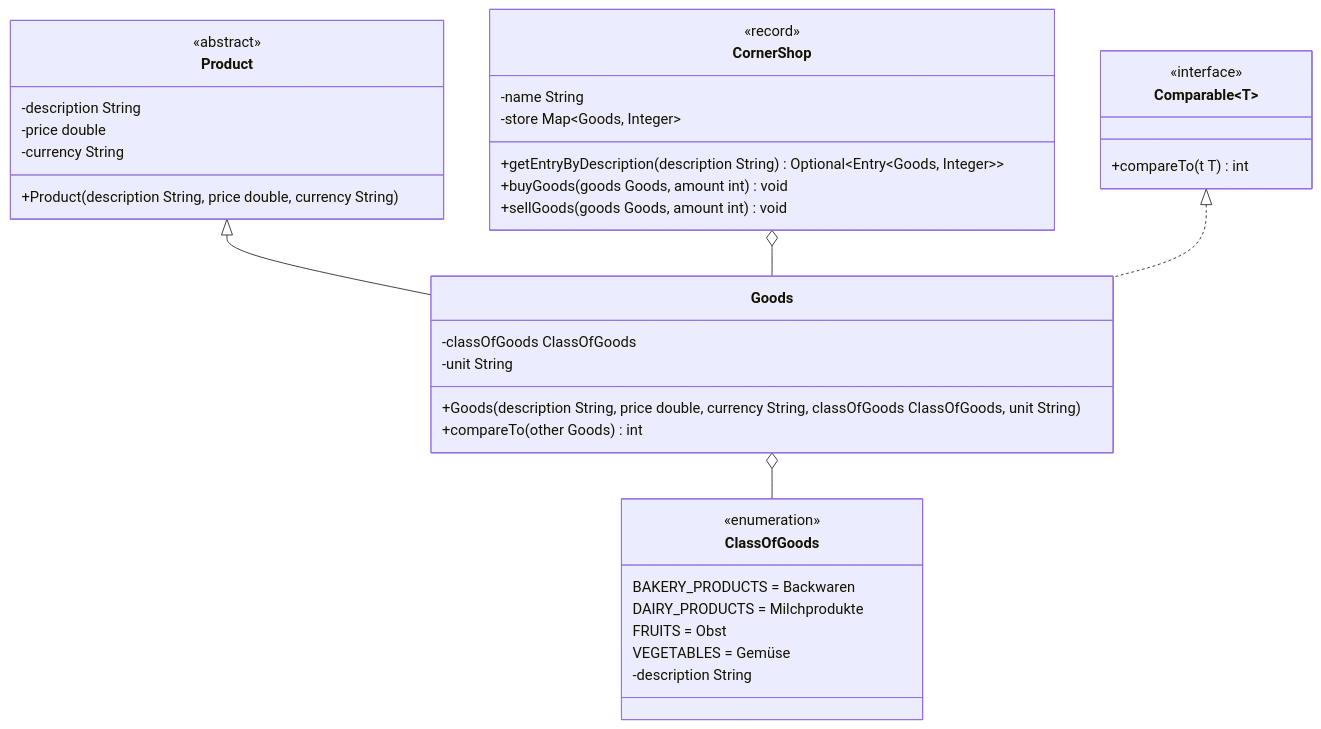
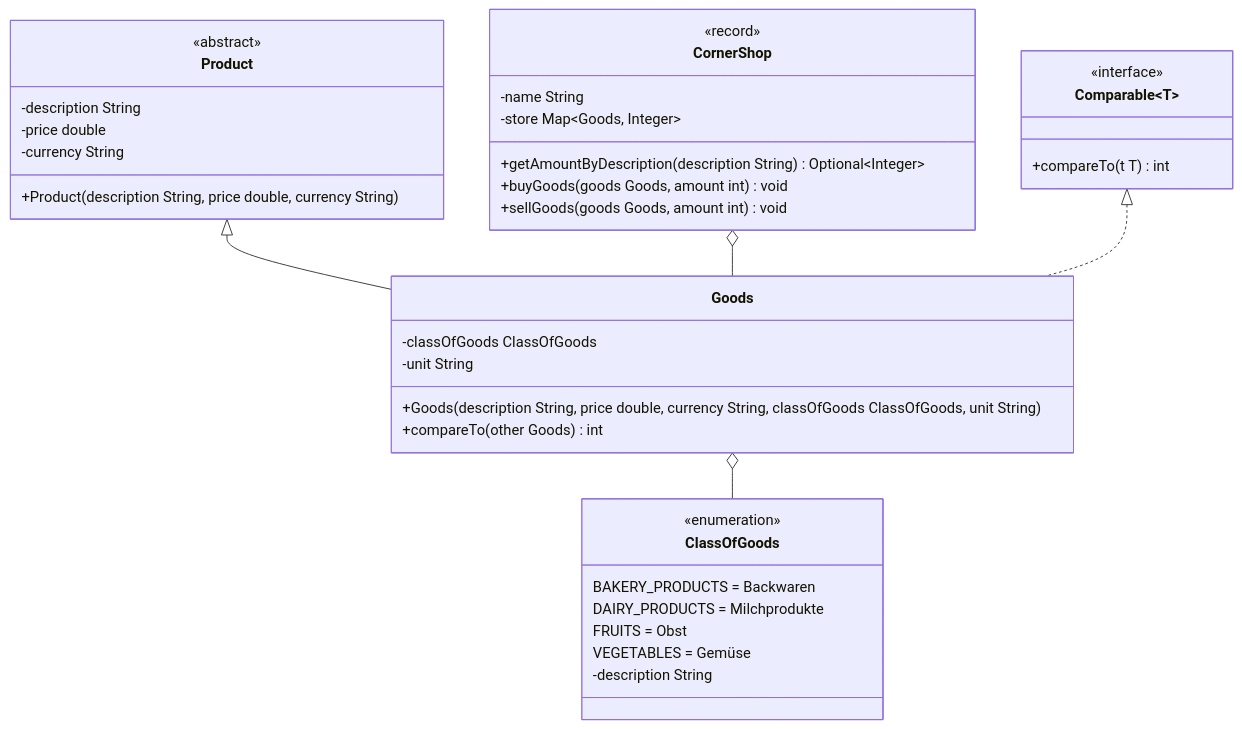
Before and after one commit to jappuccini/java-docs: the diagram in docs/exam-exercises/exam-exercises-java2/corner-shop.md, drawn with Mermaid. The commit also changed other lines of this file, not shown here.

````diff
--- a/docs/exam-exercises/exam-exercises-java2/corner-shop.md
+++ b/docs/exam-exercises/exam-exercises-java2/corner-shop.md
@@ -11,45 +11,45 @@
 ```mermaid
 classDiagram
     Product <|-- Goods
     CornerShop o-- Goods
     Comparable~T~ <|.. Goods
     Goods o-- ClassOfGoods
 
     class Product {
         <<abstract>>
         -description String
         -price double
         -currency String
         +Product(description String, price double, currency String)
     }
 
     class Goods {
         -classOfGoods ClassOfGoods
         -unit String
         +Goods(description String, price double, currency String, classOfGoods ClassOfGoods, unit String)
         +compareTo(other Goods) int
     }
 
     class Comparable~T~ {
         <<interface>>
         +compareTo(t T) int
     }
 
     class CornerShop {
         <<record>>
         -name String
         -store Map~Goods&#44&#160Integer~
-        +getEntryByDescription(description String) Optional~Entry~Goods&#44&#160Integer~~
+        +getAmountByDescription(description String) Optional~Integer~
         +buyGoods(goods Goods, amount int) void
         +sellGoods(goods Goods, amount int) void
     }
 
     class ClassOfGoods {
         <<enumeration>>
         BAKERY_PRODUCTS = Backwaren
         DAIRY_PRODUCTS = Milchprodukte
         FRUITS = Obst
         VEGETABLES = Gemüse
         -description String
     }
 ```
````
